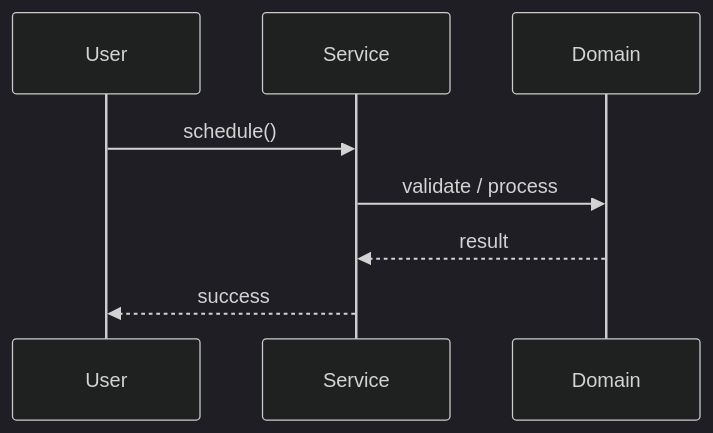
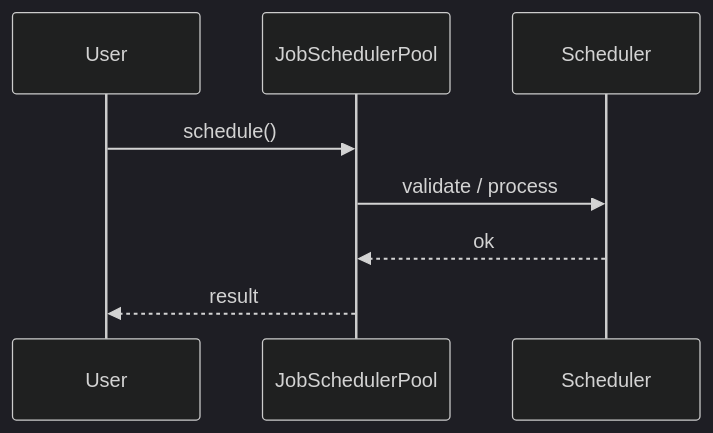
One commit to madhupaila/Interview-Prep-SSE changed the second of 3 diagrams in Learn/System Design - Low Level Design/04-concurrency-lld/questions/Q13-job-scheduler-pool.md. Above: the diagram before and after it, drawn with Mermaid (dark theme). The commit also changed other lines of this file and 491 other files, not shown here.

````diff
--- a/Learn/System Design - Low Level Design/04-concurrency-lld/questions/Q13-job-scheduler-pool.md
+++ b/Learn/System Design - Low Level Design/04-concurrency-lld/questions/Q13-job-scheduler-pool.md
@@ -121,10 +146,10 @@
 ```mermaid
 sequenceDiagram
-    participant U as User
-    participant S as Service
-    participant D as Domain
-    U->>S: schedule()
-    S->>D: validate / process
-    D-->>S: result
-    S-->>U: success
+participant U as User
+participant S as JobSchedulerPool
+participant D as Scheduler
+U->>S: schedule()
+S->>D: validate / process
+D-->>S: ok
+S-->>U: result
 ```
````
